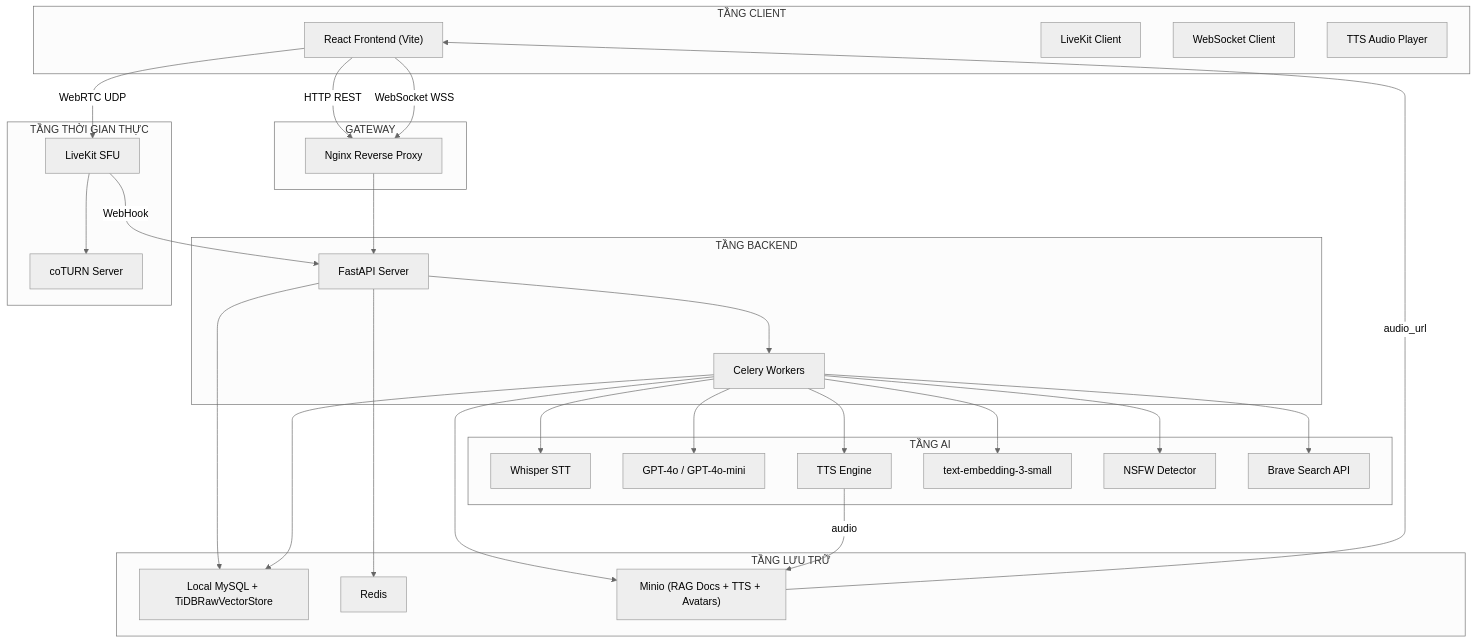
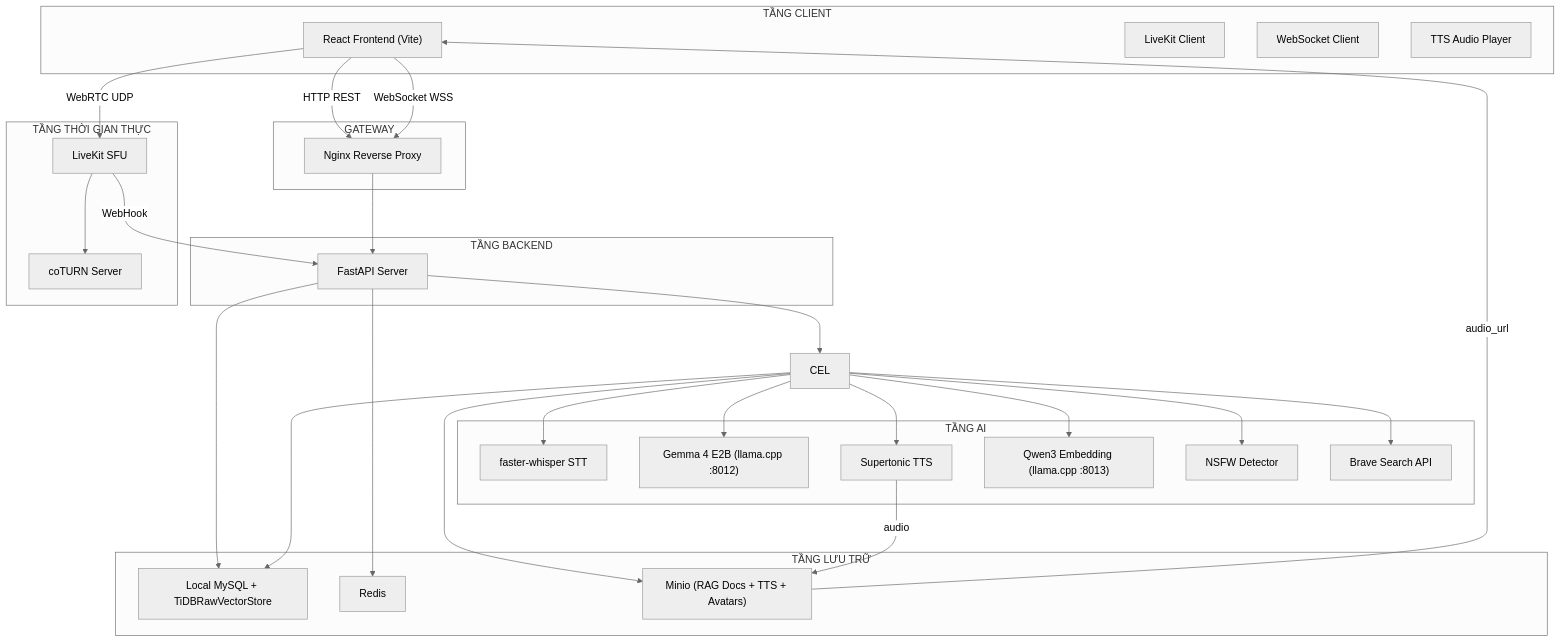
One commit to bexanhtuoi/E-Room changed the ninth of 9 diagrams in docs/workflow.md. Above: the diagram before and after it, drawn with Mermaid (neutral theme). The commit also changed other lines of this file and 17 other files, not shown here.

First line of the commit message:
feat: remove celery, sync mic mute with audio capture, update docs to match actual architecture

````diff
--- a/docs/workflow.md
+++ b/docs/workflow.md
@@ -795,62 +772,61 @@
 ```mermaid
 graph TD
     subgraph Client["TẦNG CLIENT"]
         FE["React Frontend (Vite)"]
         LK_C["LiveKit Client"]
         WS_C["WebSocket Client"]
         TTS_P["TTS Audio Player"]
     end
 
     subgraph Gateway["GATEWAY"]
         NG["Nginx Reverse Proxy"]
     end
 
     subgraph Backend["TẦNG BACKEND"]
         API["FastAPI Server"]
-        CEL["Celery Workers"]
     end
 
     subgraph Realtime["TẦNG THỜI GIAN THỰC"]
         LKS["LiveKit SFU"]
         TURN["coTURN Server"]
     end
 
     subgraph Storage["TẦNG LƯU TRỮ"]
         PG["Local MySQL + TiDBRawVectorStore"]
         RD["Redis"]
         MN["Minio (RAG Docs + TTS + Avatars)"]
     end
 
     subgraph AI["TẦNG AI"]
-        WH["Whisper STT"]
-        LLM["GPT-4o / GPT-4o-mini"]
-        TTS_E["TTS Engine"]
-        EMB["text-embedding-3-small"]
+        WH["faster-whisper STT"]
+        LLM["Gemma 4 E2B (llama.cpp :8012)"]
+        TTS_E["Supertonic TTS"]
+        EMB["Qwen3 Embedding (llama.cpp :8013)"]
         NSFW["NSFW Detector"]
         SEARCH["Brave Search API"]
     end
 
     FE -->|"HTTP REST"| NG
     FE -->|"WebRTC UDP"| LKS
     FE -->|"WebSocket WSS"| NG
 
     NG --> API
     API --> PG
     API --> RD
     API --> CEL
 
     CEL --> WH
     CEL --> LLM
     CEL --> TTS_E
     CEL --> EMB
     CEL --> NSFW
     CEL --> SEARCH
     CEL --> MN
     CEL --> PG
 
     LKS --> TURN
     LKS -->|"WebHook"| API
 
     TTS_E -->|"audio"| MN
     MN -->|"audio_url"| FE
 ```
````
